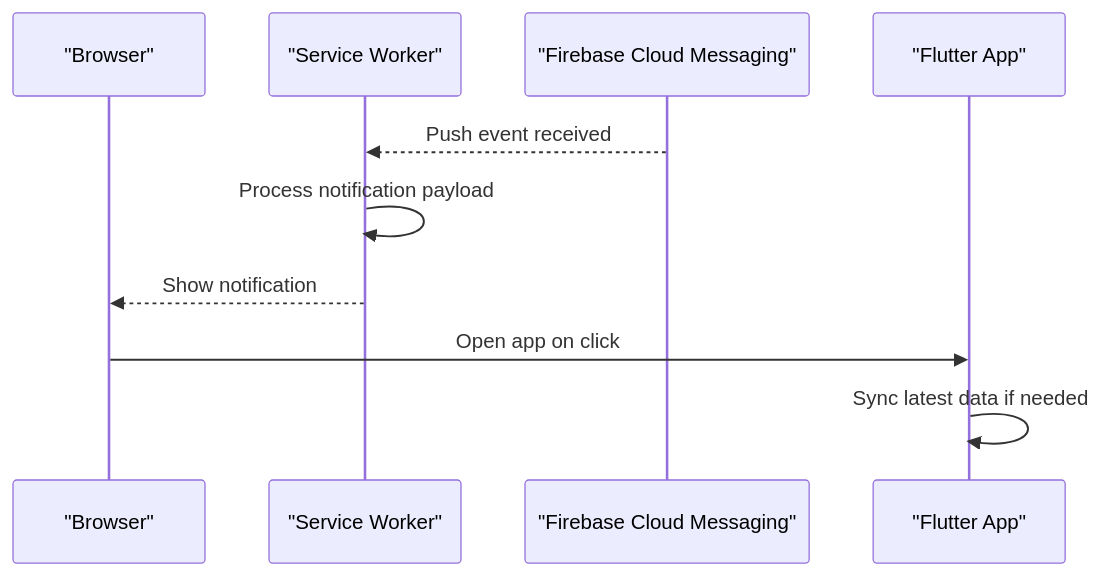
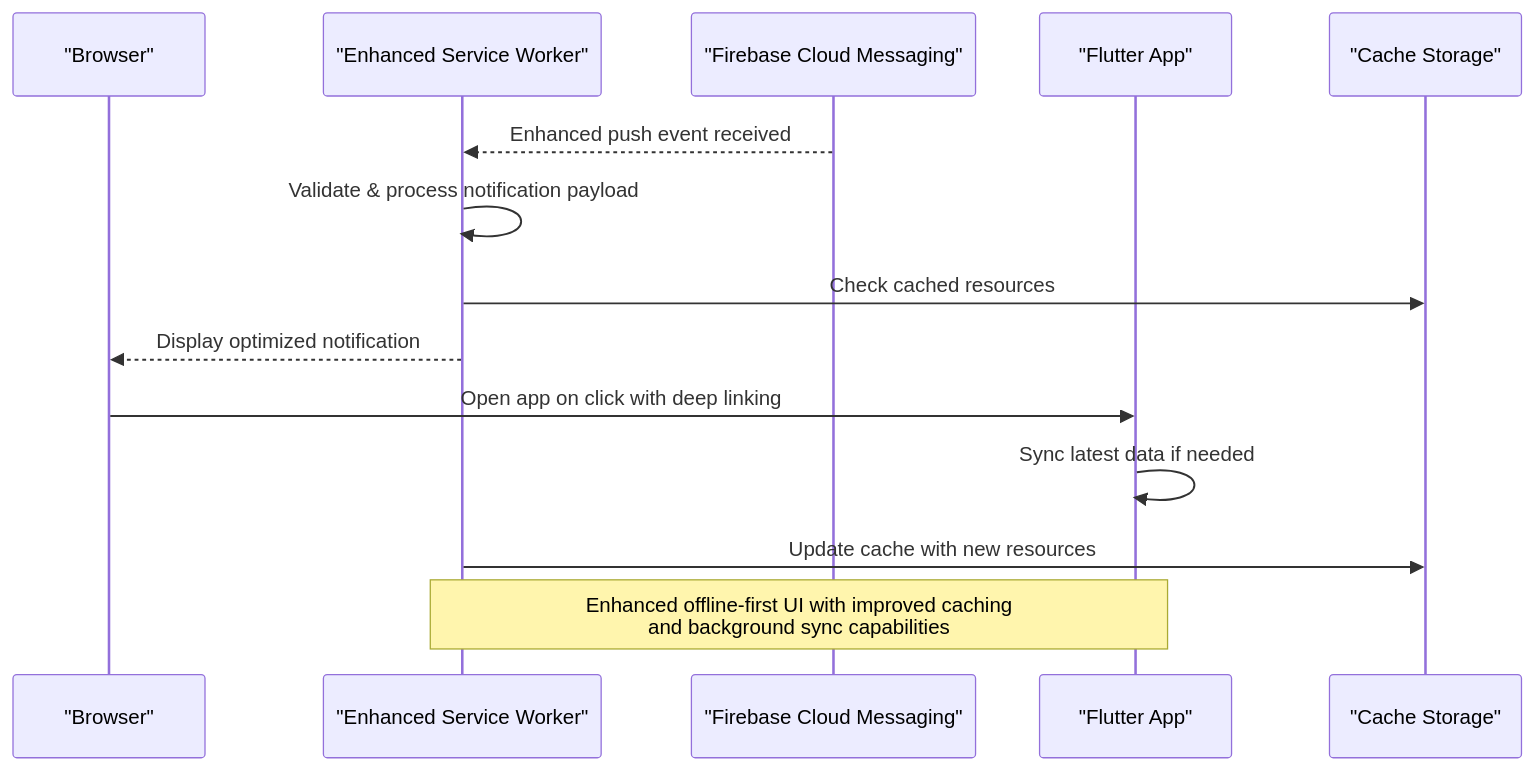
The sixth of 8 diagrams in .qoder/repowiki/en/content/Web Platform/Web Platform.md (raihom-netizen/com.gestaoyahwehios.app), drawn with Mermaid before and after one commit. The commit also changed other lines of this file and 504 other files, not shown here.

````diff
--- a/.qoder/repowiki/en/content/Web Platform/Web Platform.md
+++ b/.qoder/repowiki/en/content/Web Platform/Web Platform.md
@@ -252,12 +338,16 @@
 ```mermaid
 sequenceDiagram
 participant Browser as "Browser"
-participant SW as "Service Worker"
+participant SW as "Enhanced Service Worker"
 participant FCM as "Firebase Cloud Messaging"
 participant App as "Flutter App"
-FCM-->>SW : Push event received
-SW->>SW : Process notification payload
-SW-->>Browser : Show notification
-Browser->>App : Open app on click
+participant Cache as "Cache Storage"
+FCM-->>SW : Enhanced push event received
+SW->>SW : Validate & process notification payload
+SW->>Cache : Check cached resources
+SW-->>Browser : Display optimized notification
+Browser->>App : Open app on click with deep linking
 App->>App : Sync latest data if needed
+SW->>Cache : Update cache with new resources
+Note over App,SW : Enhanced offline-first UI with improved caching<br/>and background sync capabilities
 ```
````
